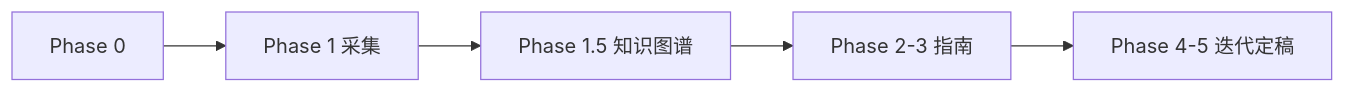
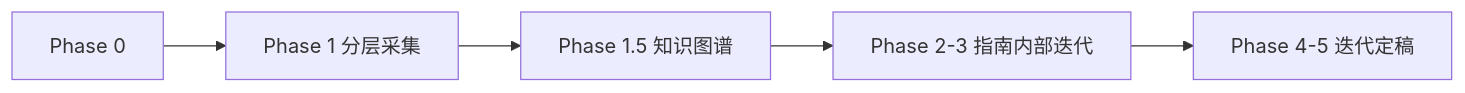
One commit to SummerS-tars/cg changed the diagram in .cursor/skills/cg-course-notebooklm/SKILL.md. Above: the diagram before and after it, drawn with Mermaid. The commit also changed other lines of this file and 8 other files, not shown here.

````diff
--- a/.cursor/skills/cg-course-notebooklm/SKILL.md
+++ b/.cursor/skills/cg-course-notebooklm/SKILL.md
@@ -46,7 +46,7 @@
 ```mermaid
 flowchart LR
-    P0[Phase 0] --> P1[Phase 1 采集]
+    P0[Phase 0] --> P1[Phase 1 分层采集]
     P1 --> P15[Phase 1.5 知识图谱]
-    P15 --> P2[Phase 2-3 指南]
+    P15 --> P2[Phase 2-3 指南内部迭代]
     P2 --> P4[Phase 4-5 迭代定稿]
 ```
````
